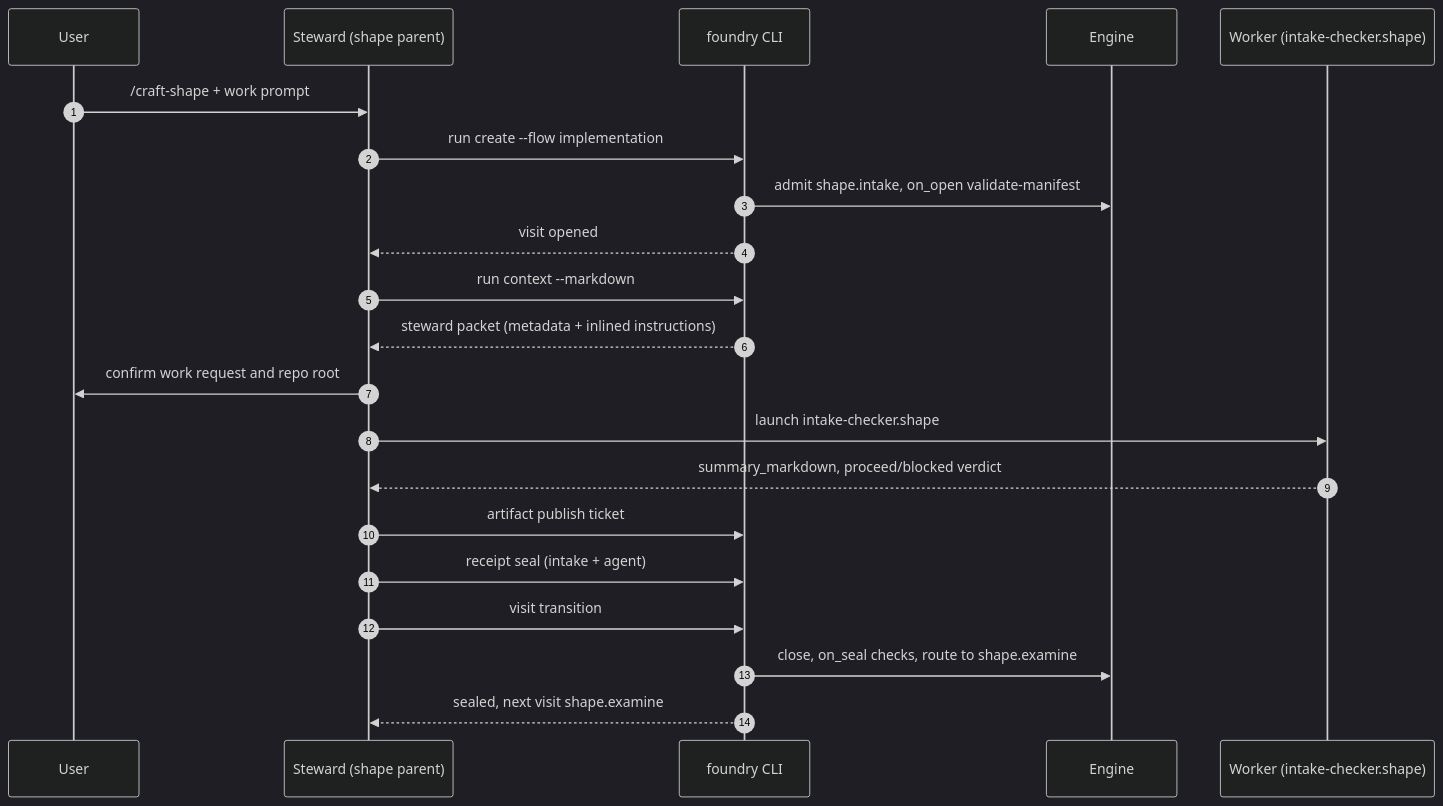
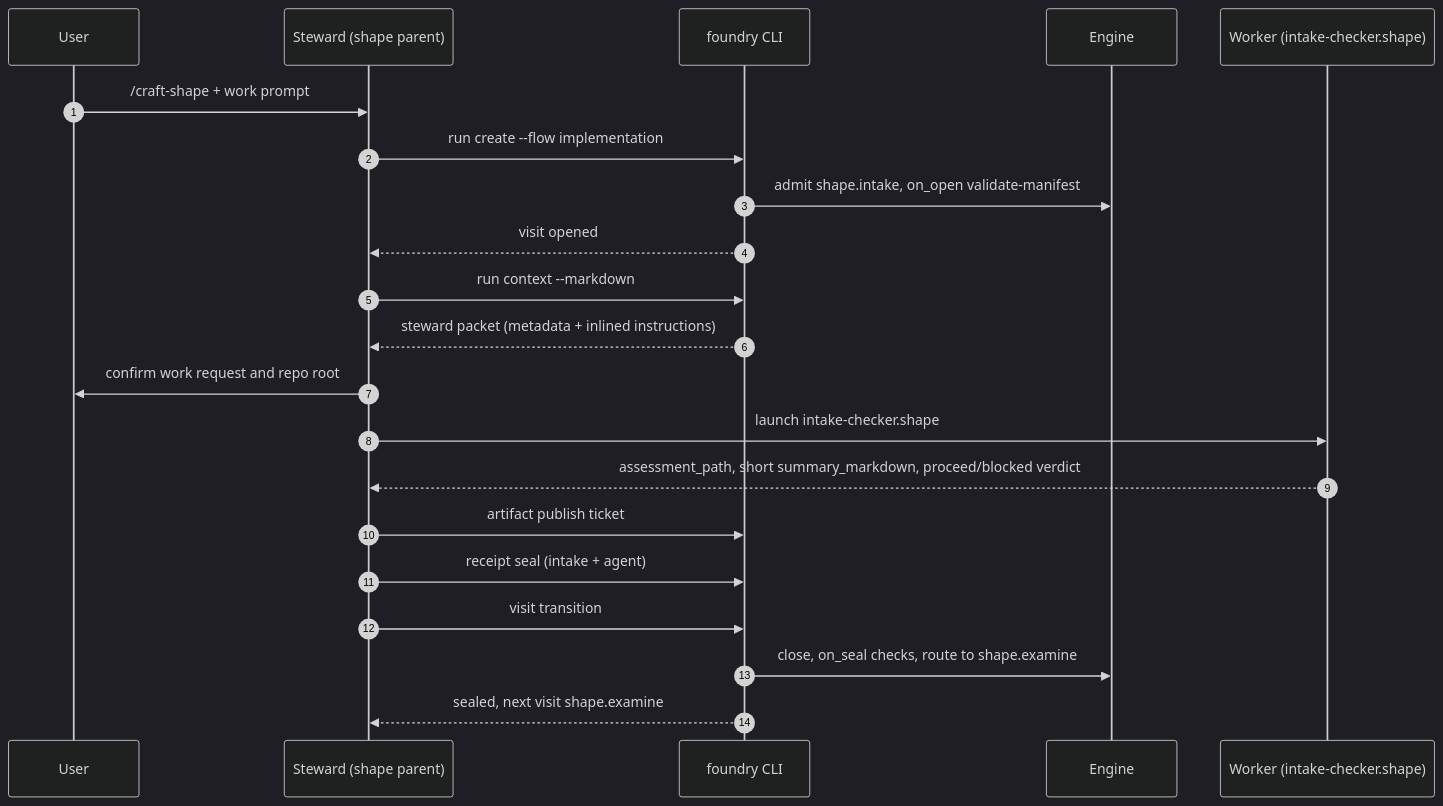
The second of 2 diagrams in docs/nodes/shape.intake.md (burtlo/foundry), drawn with Mermaid (dark theme) before and after one commit. The commit also changed 72 other files, not shown here.

````diff
--- a/docs/nodes/shape.intake.md
+++ b/docs/nodes/shape.intake.md
@@ -66,27 +66,27 @@
 ```mermaid
 sequenceDiagram
   autonumber
   participant U as User
   participant S as Steward (shape parent)
   participant CLI as foundry CLI
   participant E as Engine
   participant W as Worker (intake-checker.shape)
 
   U->>S: /craft-shape + work prompt
   S->>CLI: run create --flow implementation
   CLI->>E: admit shape.intake, on_open validate-manifest
   CLI-->>S: visit opened
 
   S->>CLI: run context --markdown
   CLI-->>S: steward packet (metadata + inlined instructions)
 
   S->>U: confirm work request and repo root
   S->>W: launch intake-checker.shape
-  W-->>S: summary_markdown, proceed/blocked verdict
+  W-->>S: assessment_path, short summary_markdown, proceed/blocked verdict
 
   S->>CLI: artifact publish ticket
   S->>CLI: receipt seal (intake + agent)
   S->>CLI: visit transition
   CLI->>E: close, on_seal checks, route to shape.examine
   CLI-->>S: sealed, next visit shape.examine
 ```
````
